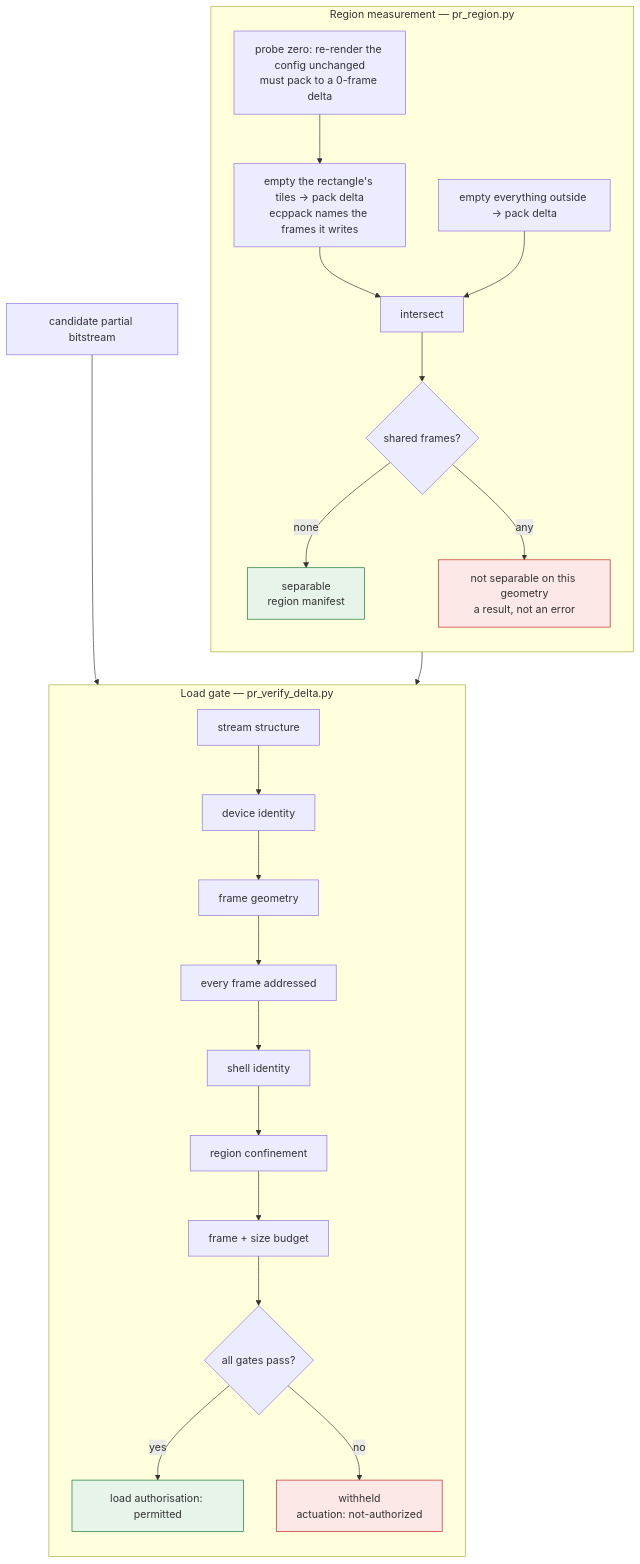
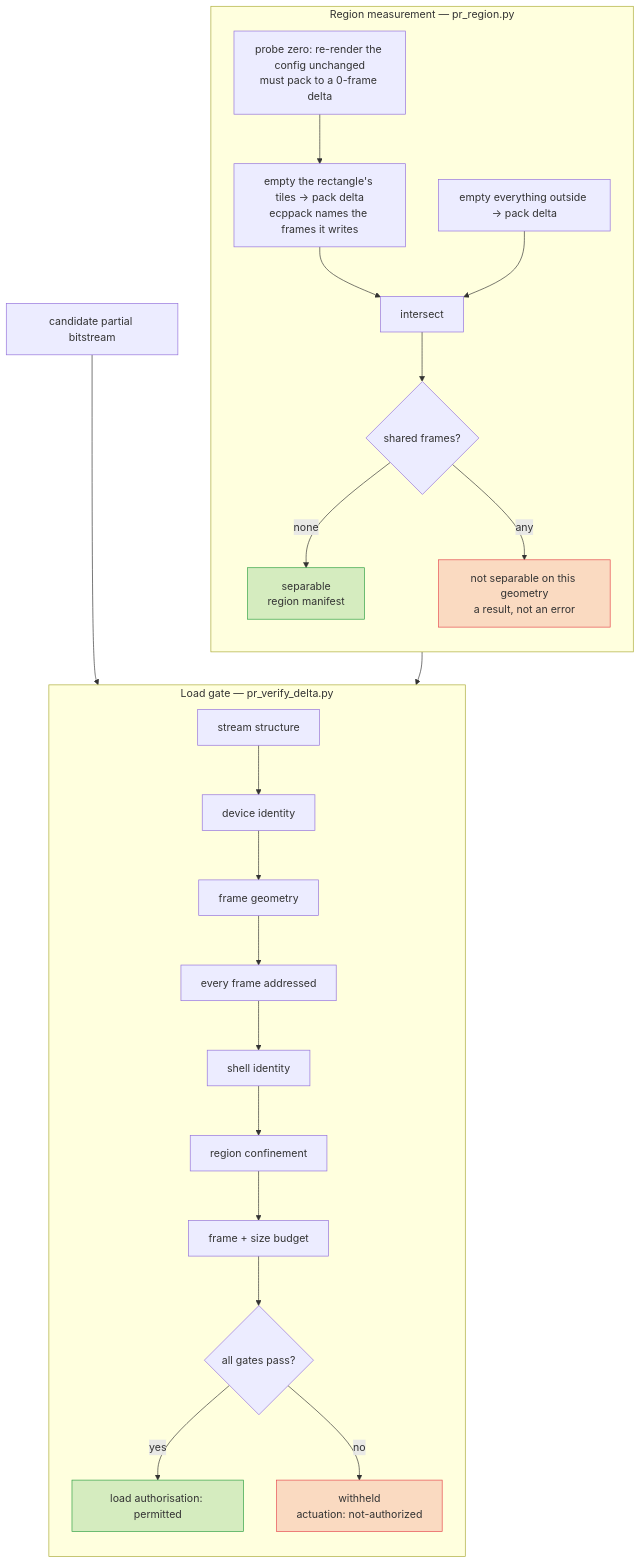
Before and after one commit to Scynth-Labs/atomiX: the second of 2 diagrams in docs/partial-reconfig.md, drawn with Mermaid. The commit also changed other lines of this file and 5 other files, not shown here.

Commit message:
Update diagram styles for consistency across documentation

````diff
--- a/docs/partial-reconfig.md
+++ b/docs/partial-reconfig.md
@@ -99,33 +99,33 @@
 ```mermaid
 flowchart TB
   subgraph measure["Region measurement — pr_region.py"]
     direction TB
     m0["probe zero: re-render the config unchanged<br/>must pack to a 0-frame delta"]
     m1["empty the rectangle's tiles → pack delta<br/>ecppack names the frames it writes"]
     m2["empty everything outside → pack delta"]
     m3["intersect"]
     m0 --> m1 --> m3
     m2 --> m3
     m3 --> sep{"shared frames?"}
     sep -->|"none"| ok["separable<br/>region manifest"]
     sep -->|"any"| no["not separable on this geometry<br/>a result, not an error"]
   end
 
   subgraph gate["Load gate — pr_verify_delta.py"]
     direction TB
     g1["stream structure"] --> g2["device identity"] --> g3["frame geometry"]
     g3 --> g4["every frame addressed"] --> g5["shell identity"]
     g5 --> g6["region confinement"] --> g7["frame + size budget"]
     g7 --> verdict{"all gates pass?"}
     verdict -->|"yes"| permit["load authorisation: permitted"]
     verdict -->|"no"| withhold["withheld<br/>actuation: not-authorized"]
   end
 
   ok --> g6
   cand["candidate partial bitstream"] --> g1
 
-  classDef good fill:#e6f4ea,stroke:#137333
-  classDef bad fill:#fce8e6,stroke:#c5221f
+  classDef good fill:#2ea04333,stroke:#2ea043
+  classDef bad fill:#e5484d33,stroke:#e5484d
   class ok,permit good
   class no,withhold bad
 ```
````
